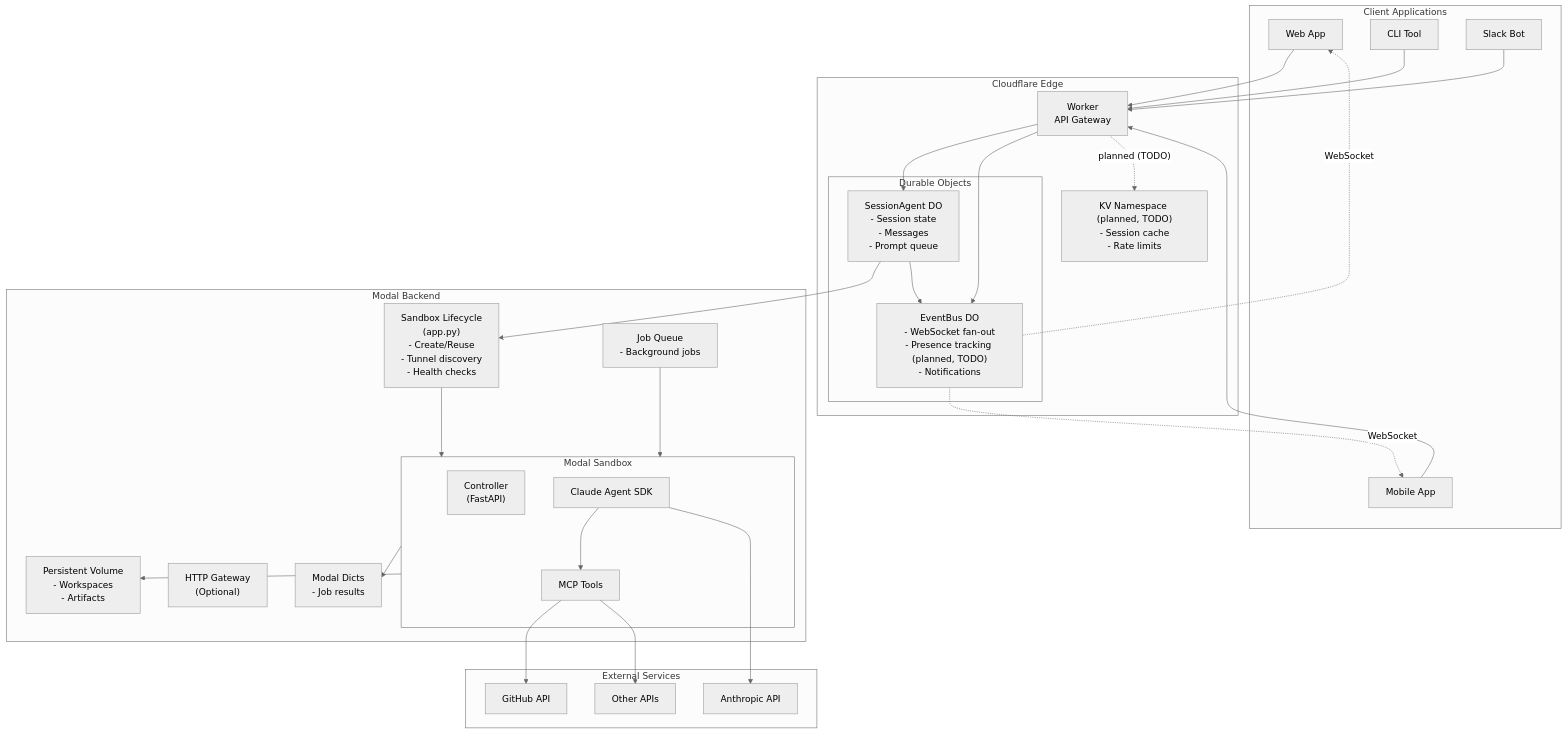
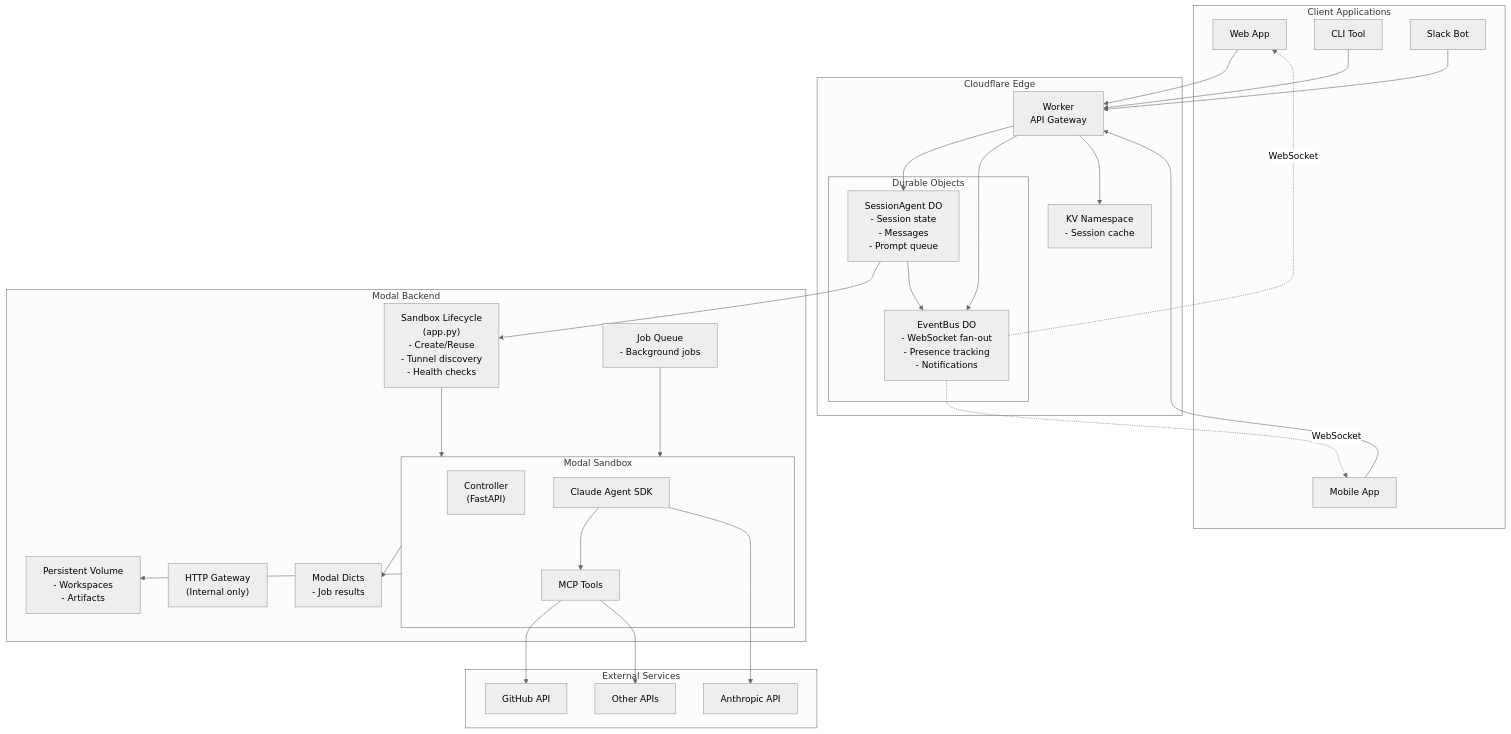
Before and after one commit to ibby-ai/rafiki: the first of 5 diagrams in docs/cloudflare-architecture.md, drawn with Mermaid (neutral theme). The commit also changed other lines of this file and 8 other files, not shown here.

````diff
--- a/docs/cloudflare-architecture.md
+++ b/docs/cloudflare-architecture.md
@@ -7,67 +7,67 @@
 ```mermaid
 flowchart TB
     subgraph Client["Client Applications"]
         WebApp["Web App"]
         Mobile["Mobile App"]
         CLI["CLI Tool"]
         Slack["Slack Bot"]
     end
 
     subgraph Cloudflare["Cloudflare Edge"]
         Worker["Worker<br/>API Gateway"]
 
         subgraph DurableObjects["Durable Objects"]
             SessionDO["SessionAgent DO<br/>- Session state<br/>- Messages<br/>- Prompt queue"]
-            EventBusDO["EventBus DO<br/>- WebSocket fan-out<br/>- Presence tracking (planned, TODO)<br/>- Notifications"]
+            EventBusDO["EventBus DO<br/>- WebSocket fan-out<br/>- Presence tracking<br/>- Notifications"]
         end
 
-        KV["KV Namespace (planned, TODO)<br/>- Session cache<br/>- Rate limits"]
+        KV["KV Namespace<br/>- Session cache"]
     end
 
     subgraph Modal["Modal Backend"]
-        Gateway["HTTP Gateway<br/>(Optional)"]
+        Gateway["HTTP Gateway<br/>(Internal only)"]
 
         SandboxMgr["Sandbox Lifecycle<br/>(app.py)<br/>- Create/Reuse<br/>- Tunnel discovery<br/>- Health checks"]
 
         subgraph Sandbox["Modal Sandbox"]
             Controller["Controller<br/>(FastAPI)"]
             AgentSDK["Claude Agent SDK"]
             Tools["MCP Tools"]
         end
 
         Volume["Persistent Volume<br/>- Workspaces<br/>- Artifacts"]
         Queue["Job Queue<br/>- Background jobs"]
         Dict["Modal Dicts<br/>- Job results"]
     end
 
     subgraph External["External Services"]
         Anthropic["Anthropic API"]
         GitHub["GitHub API"]
         Other["Other APIs"]
     end
 
     WebApp --> Worker
     Mobile --> Worker
     CLI --> Worker
     Slack --> Worker
 
     Worker --> SessionDO
     Worker --> EventBusDO
-    Worker -.planned (TODO).-> KV
+    Worker --> KV
 
     SessionDO --> SandboxMgr
     SessionDO --> EventBusDO
 
     EventBusDO -.WebSocket.-> WebApp
     EventBusDO -.WebSocket.-> Mobile
 
     SandboxMgr --> Sandbox
     Sandbox --> Volume
     Queue --> Sandbox
     Sandbox --> Dict
 
     AgentSDK --> Tools
     AgentSDK --> Anthropic
     Tools --> GitHub
     Tools --> Other
 ```
````
